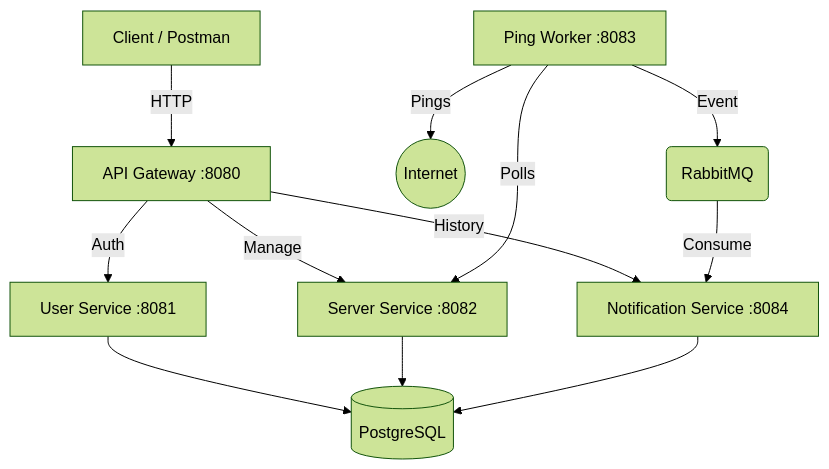
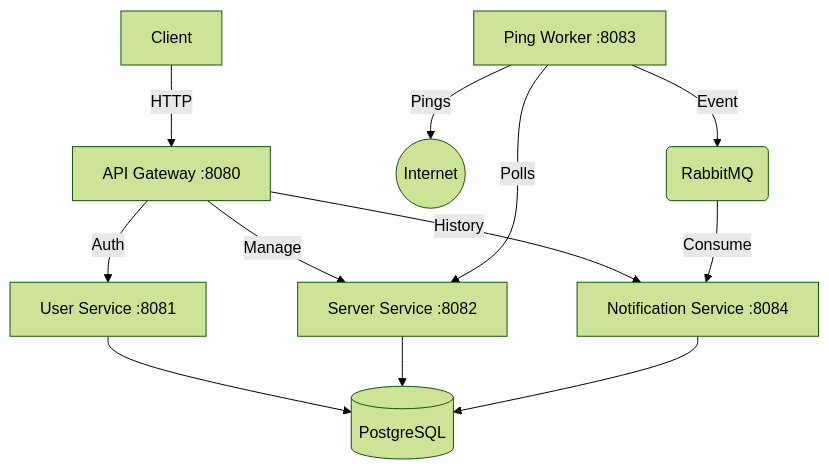
The diagram in README.md (SlavikHom/StaSHus), drawn with Mermaid (forest theme) before and after one commit. The commit also changed other lines of this file, not shown here.

````diff
--- a/README.md
+++ b/README.md
@@ -40,17 +40,17 @@
 ```mermaid
 graph TD
-    Client[Client / Postman] -->|HTTP| Gateway[API Gateway :8080]
+    Client[Client] -->|HTTP| Gateway[API Gateway :8080]
     Gateway -->|Auth| User[User Service :8081]
     Gateway -->|Manage| Server[Server Service :8082]
     Gateway -->|History| Notif[Notification Service :8084]
     
     Ping[Ping Worker :8083] -- Polls --> Server
     Ping -- Pings --> Internet((Internet))
     Ping -- Event --> RMQ(RabbitMQ)
     
     RMQ -- Consume --> Notif
     
     User --> DB[(PostgreSQL)]
     Server --> DB
     Notif --> DB
 ```
````
